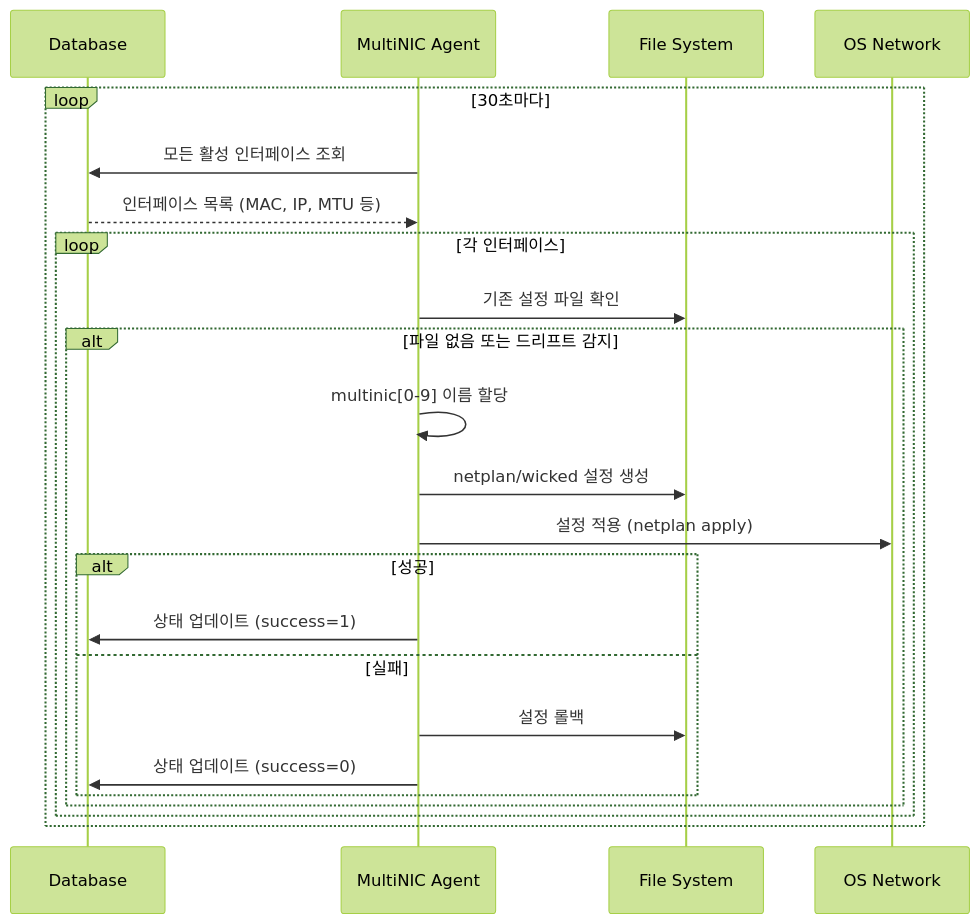
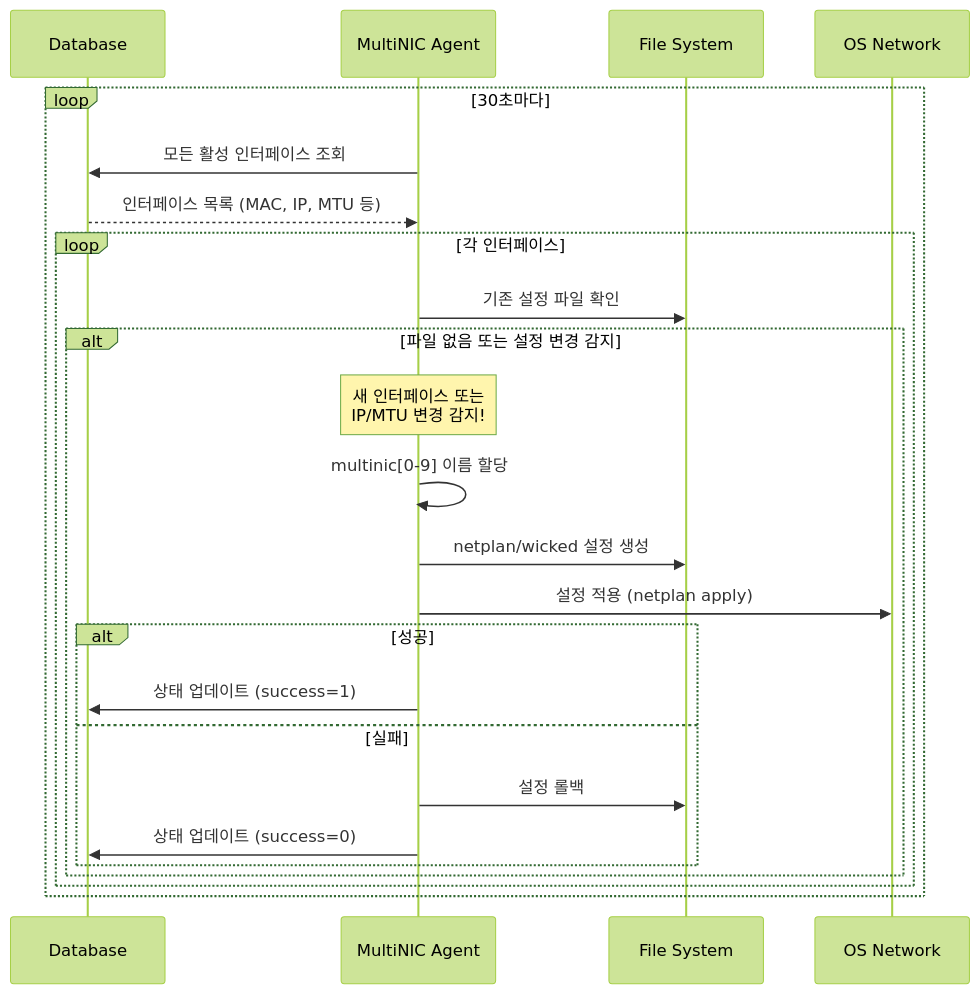
Before and after one commit to Minzino/multinic-agent: the second of 3 diagrams in README.md, drawn with Mermaid (forest theme). The commit also changed other lines of this file and 1 other file, not shown here.

````diff
--- a/README.md
+++ b/README.md
@@ -117,28 +127,29 @@
 ```mermaid
 sequenceDiagram
     participant DB as Database
     participant Agent as MultiNIC Agent
     participant FS as File System
     participant OS as OS Network
 
     loop 30초마다
         Agent->>DB: 모든 활성 인터페이스 조회
         DB-->>Agent: 인터페이스 목록 (MAC, IP, MTU 등)
         
         loop 각 인터페이스
             Agent->>FS: 기존 설정 파일 확인
-            alt 파일 없음 또는 드리프트 감지
+            alt 파일 없음 또는 설정 변경 감지
+                Note over Agent: 새 인터페이스 또는<br/>IP/MTU 변경 감지!
                 Agent->>Agent: multinic[0-9] 이름 할당
                 Agent->>FS: netplan/wicked 설정 생성
                 Agent->>OS: 설정 적용 (netplan apply)
                 
                 alt 성공
                     Agent->>DB: 상태 업데이트 (success=1)
                 else 실패
                     Agent->>FS: 설정 롤백
                     Agent->>DB: 상태 업데이트 (success=0)
                 end
             end
         end
     end
 ```
````
